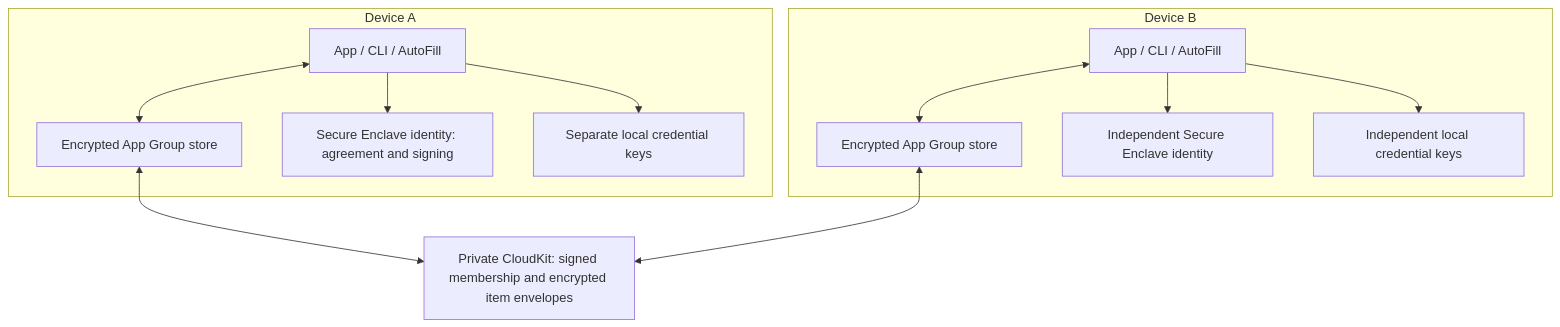
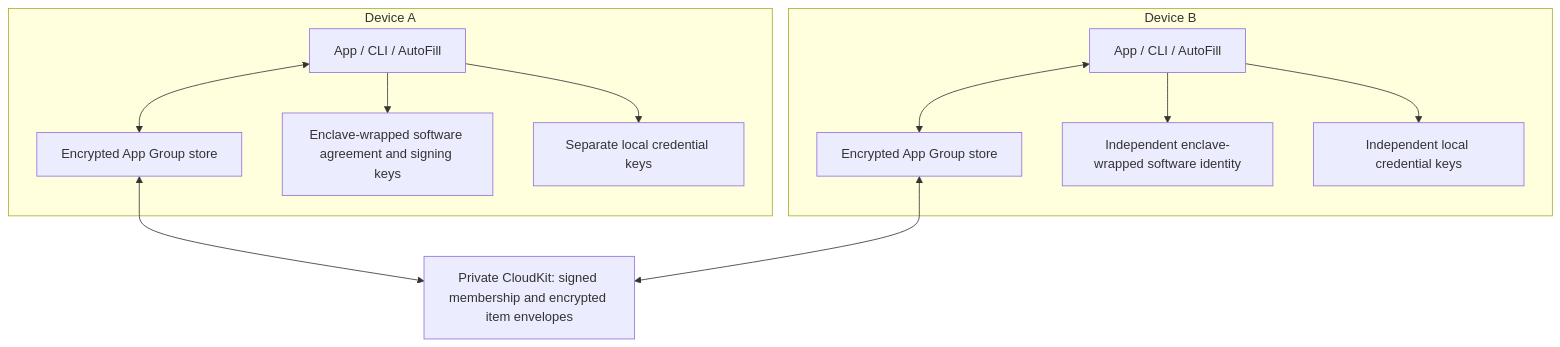
Before and after one commit to koehn/2ndPass: the first of 2 diagrams in docs/SECURITY.md, drawn with Mermaid. The commit also changed other lines of this file and 65 other files, not shown here.

````diff
--- a/docs/SECURITY.md
+++ b/docs/SECURITY.md
@@ -51,24 +53,24 @@
 ```mermaid
 flowchart TB
   subgraph A[Device A]
     AA[App / CLI / AutoFill]
     AS[Encrypted App Group store]
-    AE[Secure Enclave identity: agreement and signing]
+    AE[Enclave-wrapped software agreement and signing keys]
     AL[Separate local credential keys]
     AA <--> AS
     AA --> AE
     AA --> AL
   end
   subgraph B[Device B]
     BA[App / CLI / AutoFill]
     BS[Encrypted App Group store]
-    BE[Independent Secure Enclave identity]
+    BE[Independent enclave-wrapped software identity]
     BL[Independent local credential keys]
     BA <--> BS
     BA --> BE
     BA --> BL
   end
   C[Private CloudKit: signed membership and encrypted item envelopes]
   AS <--> C
   BS <--> C
 ```
````
